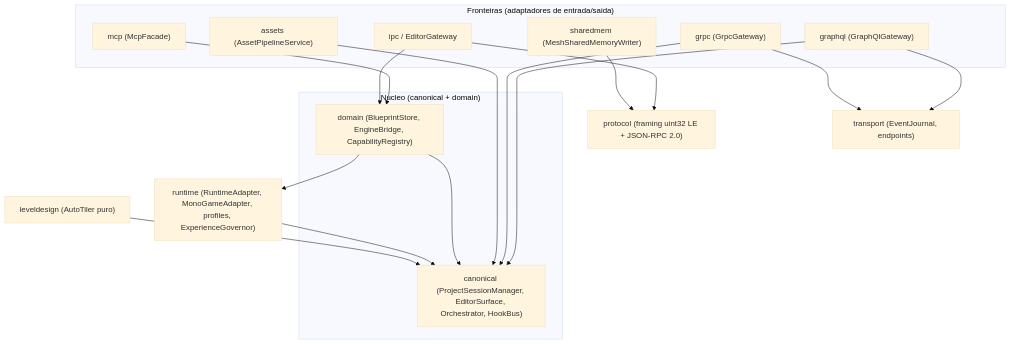
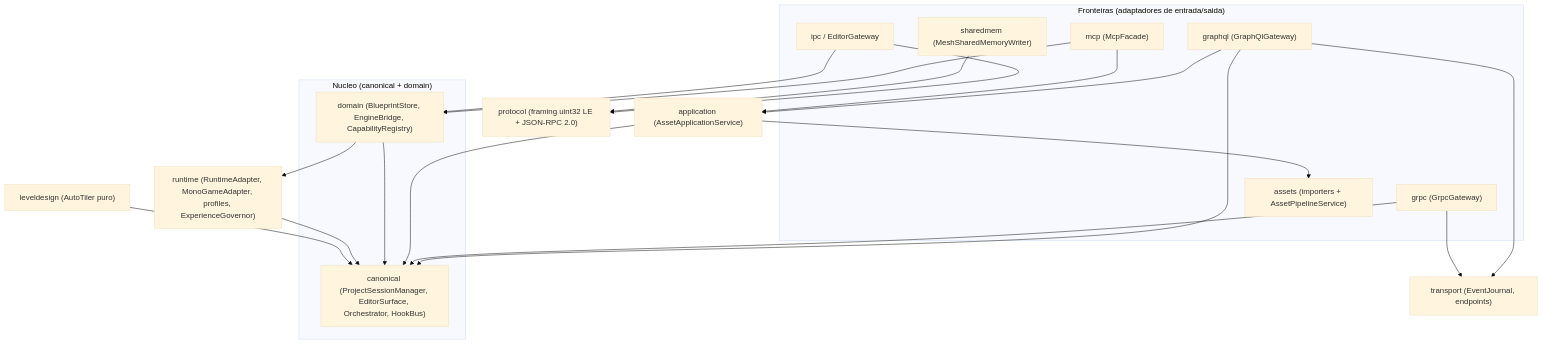
One commit to flaviotinococoutinho/Gridsmith changed the first of 4 diagrams in middleware/README.md. Above: the diagram before and after it, drawn with Mermaid (base theme). The commit also changed other lines of this file and 61 other files, not shown here.

Commit message:
feat(assets): deliver visual Aseprite pipeline

````diff
--- a/middleware/README.md
+++ b/middleware/README.md
@@ -13,33 +13,37 @@
 ```mermaid
 graph TD
   subgraph OUT["Fronteiras (adaptadores de entrada/saida)"]
     MCP["mcp (McpFacade)"]
     IPC["ipc / EditorGateway"]
     GQL["graphql (GraphQlGateway)"]
     GRPC["grpc (GrpcGateway)"]
-    ASSETS["assets (AssetPipelineService)"]
+    ASSETS["assets (importers + AssetPipelineService)"]
     SHM["sharedmem (MeshSharedMemoryWriter)"]
   end
   PROTO["protocol (framing uint32 LE + JSON-RPC 2.0)"]
   TRANS["transport (EventJournal, endpoints)"]
+  APP["application (AssetApplicationService)"]
   subgraph CORE["Nucleo (canonical + domain)"]
     DOM["domain (BlueprintStore, EngineBridge, CapabilityRegistry)"]
     CANON["canonical (ProjectSessionManager, EditorSurface, Orchestrator, HookBus)"]
   end
   RT["runtime (RuntimeAdapter, MonoGameAdapter, profiles, ExperienceGovernor)"]
   LD["leveldesign (AutoTiler puro)"]
 
   MCP --> DOM
   IPC --> PROTO
   IPC --> DOM
   GQL --> CANON
   GQL --> TRANS
   GRPC --> CANON
   GRPC --> TRANS
-  ASSETS --> CANON
+  GQL --> APP
+  MCP --> APP
+  APP --> ASSETS
+  APP --> CANON
   SHM --> PROTO
   DOM --> CANON
   RT --> CANON
   DOM --> RT
   LD --> CANON
 ```
````
